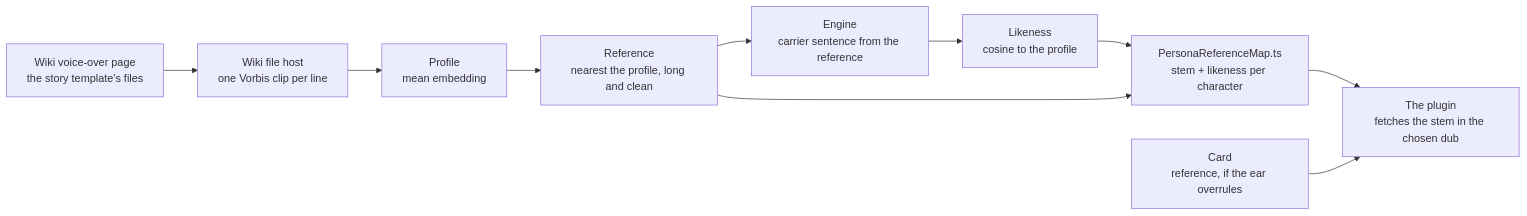
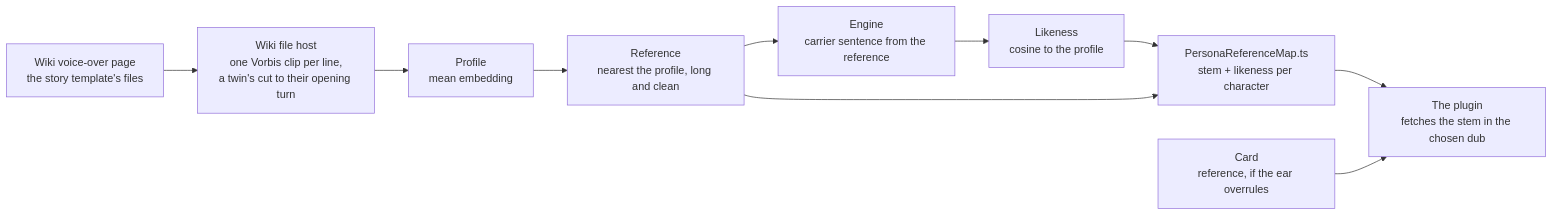
One commit to Esposter/Esposter changed the diagram in apps/web/content/docs/infra/claude-interface/reference-selection.md. Above: the diagram before and after it, drawn with Mermaid. The commit also changed other lines of this file and 26 other files, not shown here.

````diff
--- a/apps/web/content/docs/infra/claude-interface/reference-selection.md
+++ b/apps/web/content/docs/infra/claude-interface/reference-selection.md
@@ -28,17 +29,17 @@
 ```mermaid
 flowchart LR
     Page["Wiki voice-over page<br/>the story template's files"]
-    Files["Wiki file host<br/>one Vorbis clip per line"]
+    Files["Wiki file host<br/>one Vorbis clip per line,<br/>a twin's cut to their opening turn"]
     Profile["Profile<br/>mean embedding"]
     Pick["Reference<br/>nearest the profile, long and clean"]
     Clone["Engine<br/>carrier sentence from the reference"]
     Score["Likeness<br/>cosine to the profile"]
     Map["PersonaReferenceMap.ts<br/>stem + likeness per character"]
     Plugin["The plugin<br/>fetches the stem in the chosen dub"]
     Card["Card<br/>reference, if the ear overrules"]
 
     Page --> Files --> Profile --> Pick --> Clone --> Score --> Map
     Pick --> Map
     Map --> Plugin
     Card --> Plugin
 ```
````
